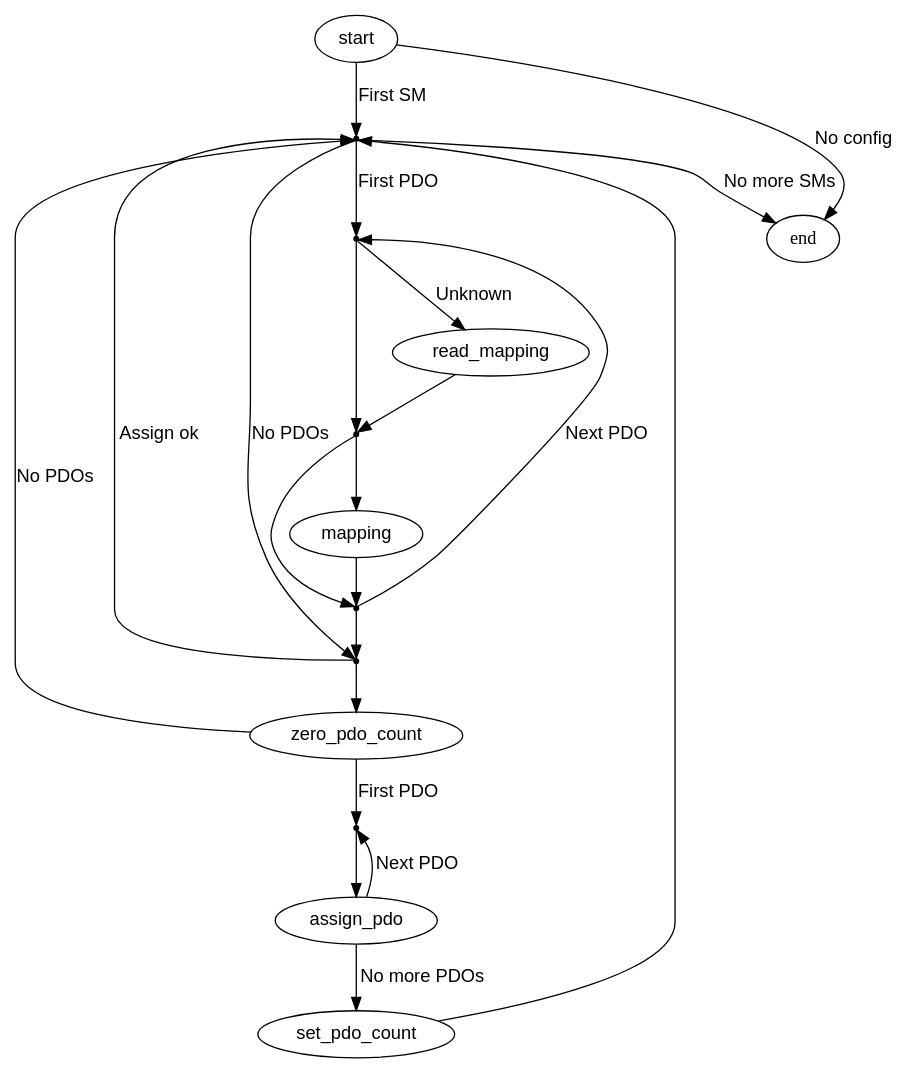
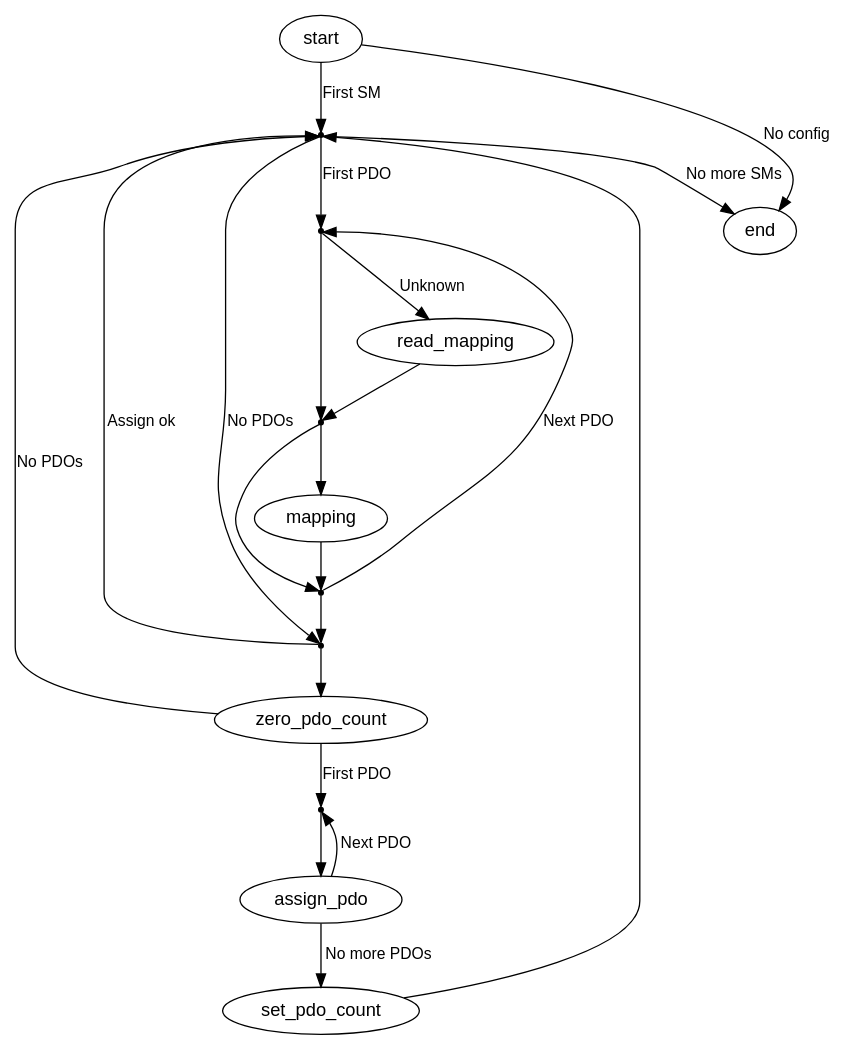
Before and after one commit to ribalda/ethercat: the diagram in documentation/graphs/fsm_pdo_conf.dot, drawn with Graphviz. The commit also changed 664 other files, not shown here.

```diff
--- a/documentation/graphs/fsm_pdo_conf.dot
+++ b/documentation/graphs/fsm_pdo_conf.dot
@@ -1,51 +1,52 @@
 
 /* $Id$ */
 
 digraph pdo_conf {
+    node [fontname="Helvetica"]
+    edge [fontname="Helvetica", fontsize="12"]
 
-    start [fontname="Helvetica"]
-    start -> action_next_sync [fontname="Helvetica",label="First SM",weight=10]
-    start -> end [fontname="Helvetica",label="No config"]
+    start
+    start -> action_next_sync [label="First SM",weight=10]
+    start -> end [label="No config"]
 
     action_next_sync [shape=point,label=""]
-    action_next_sync -> action_check_assignment [fontname="Helvetica",label="No PDOs"]
-    action_next_sync -> action_pdo_mapping [fontname="Helvetica",label="First PDO",weight=10]
-    action_next_sync -> end [fontname="Helvetica",label="No more SMs"]
+    action_next_sync -> action_check_assignment [label="No PDOs"]
+    action_next_sync -> action_pdo_mapping [label="First PDO",weight=10]
+    action_next_sync -> end [label="No more SMs"]
 
     action_pdo_mapping [shape=point,label=""]
-    action_pdo_mapping -> read_mapping [fontname="Helvetica",label="Unknown"]
+    action_pdo_mapping -> read_mapping [label="Unknown"]
     action_pdo_mapping -> action_check_mapping [weight=10]
 
-    read_mapping [fontname="Helvetica"]
+    read_mapping
     read_mapping -> action_check_mapping
 
     action_check_mapping [shape=point,label=""]
     action_check_mapping -> action_next_pdo_mapping
     action_check_mapping -> mapping [weight=10]
 
-    mapping [fontname="Helvetica"]
+    mapping
     mapping -> action_next_pdo_mapping [weight=10]
 
     action_next_pdo_mapping [shape=point,label=""]
     action_next_pdo_mapping -> action_check_assignment [weight=10]
-    action_next_pdo_mapping -> action_pdo_mapping
-    [fontname="Helvetica",label="Next PDO"]
+    action_next_pdo_mapping -> action_pdo_mapping [label="Next PDO"]
 
     action_check_assignment [shape=point,label=""]
-    action_check_assignment -> action_next_sync [fontname="Helvetica",label="Assign ok"]
+    action_check_assignment -> action_next_sync [label="Assign ok"]
     action_check_assignment -> zero_pdo_count [weight=10]
 
-    zero_pdo_count [fontname="Helvetica"]
-    zero_pdo_count -> action_next_sync [fontname="Helvetica",label="No PDOs"]
-    zero_pdo_count -> action_assign_pdo [fontname="Helvetica",label="First PDO", weight=10]
+    zero_pdo_count
+    zero_pdo_count -> action_next_sync [label="No PDOs"]
+    zero_pdo_count -> action_assign_pdo [label="First PDO", weight=10]
 
     action_assign_pdo [shape=point,label=""]
     action_assign_pdo -> assign_pdo [weight=10]
 
-    assign_pdo [fontname="Helvetica"]
-    assign_pdo -> set_pdo_count [fontname="Helvetica",label="No more PDOs", weight=10]
-    assign_pdo -> action_assign_pdo [fontname="Helvetica",label="Next PDO"]
+    assign_pdo
+    assign_pdo -> set_pdo_count [label="No more PDOs", weight=10]
+    assign_pdo -> action_assign_pdo [label="Next PDO"]
 
-    set_pdo_count [fontname="Helvetica"]
+    set_pdo_count
     set_pdo_count -> action_next_sync
 }
```
